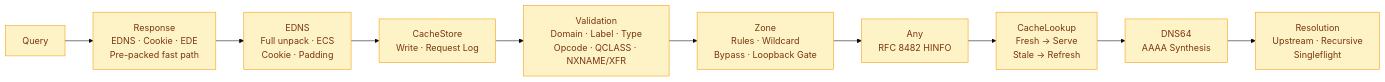
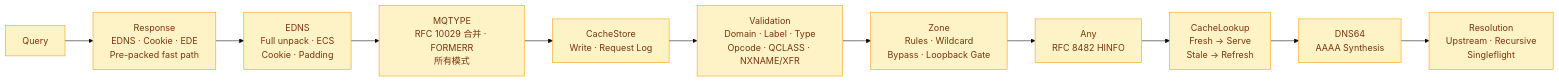
Before and after one commit to hezhijie0327/ZJDNS: the fourth of 31 diagrams in docs/FLOWCHARTS.md, drawn with Mermaid (base theme). The commit also changed other lines of this file and 26 other files, not shown here.

````diff
--- a/docs/FLOWCHARTS.md
+++ b/docs/FLOWCHARTS.md
@@ -105,15 +106,16 @@
 ```mermaid
 graph LR
     Q[Query] --> R[Response<br/>EDNS · Cookie · EDE<br/>Pre-packed fast path]
     R --> E[EDNS<br/>Full unpack · ECS<br/>Cookie · Padding]
-    E --> CS[CacheStore<br/>Write · Request Log]
+    E --> MQ[MQTYPE<br/>RFC 10029 合并 · FORMERR<br/>所有模式]
+    MQ --> CS[CacheStore<br/>Write · Request Log]
     CS --> V[Validation<br/>Domain · Label · Type<br/>Opcode · QCLASS · NXNAME/XFR]
     V --> Z[Zone<br/>Rules · Wildcard<br/>Bypass · Loopback Gate]
     Z --> A[Any<br/>RFC 8482 HINFO]
     A --> CL[CacheLookup<br/>Fresh → Serve<br/>Stale → Refresh]
     CL --> D64[DNS64<br/>AAAA Synthesis]
     D64 --> RE[Resolution<br/>Upstream · Recursive<br/>Singleflight]
     classDef mw fill:#fef3c7,stroke:#f59e0b,color:#78350f
     class Q mw
-    class R,E,CS,V,Z,A,CL,D64,RE mw
+    class R,E,MQ,CS,V,Z,A,CL,D64,RE mw
 ```
````
